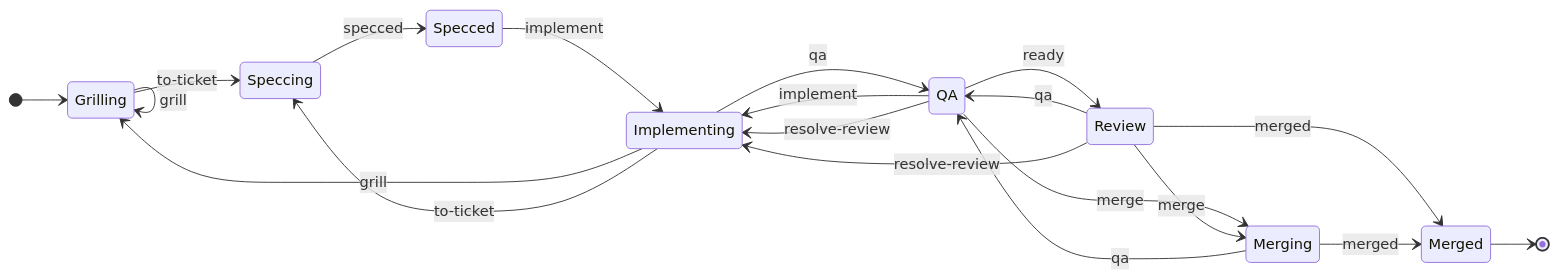
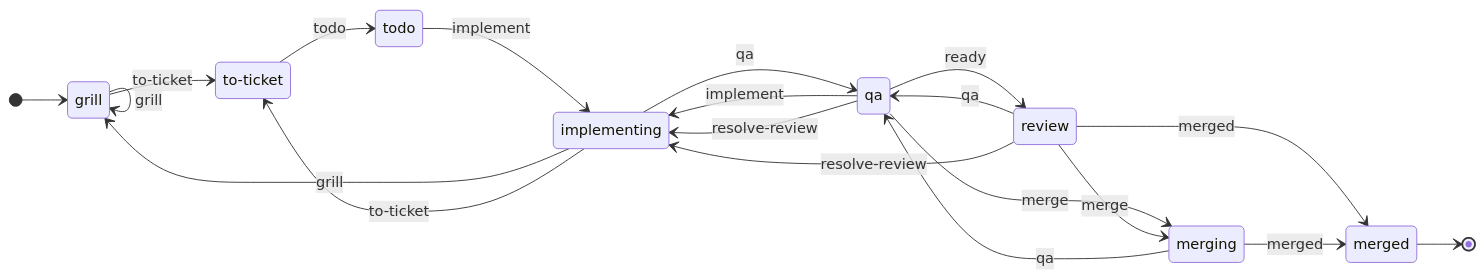
The diagram in apps/mb-workflow/docs/flow.md (MartinBernstorff/mb-workflow), drawn with Mermaid before and after one commit. The commit also changed 36 other files, not shown here.

First line of the commit message:
feat(flow): rename the flow states (MB-107)

````diff
--- a/apps/mb-workflow/docs/flow.md
+++ b/apps/mb-workflow/docs/flow.md
@@ -1,31 +1,25 @@
 ```mermaid
 stateDiagram-v2
     direction LR
-    state "Grilling" as grilling
-    state "Speccing" as speccing
-    state "Specced" as specced
-    state "Implementing" as implementing
-    state "QA" as qa
-    state "Review" as review
-    state "Merging" as merging
-    state "Merged" as merged
+    state "grill" as grilling
+    state "to-ticket" as speccing
     [*] --> grilling
     merged --> [*]
     grilling --> grilling : grill
     grilling --> speccing : to-ticket
-    speccing --> specced : specced
-    specced --> implementing : implement
+    speccing --> todo : todo
+    todo --> implementing : implement
     implementing --> grilling : grill
     implementing --> speccing : to-ticket
     implementing --> qa : qa
     qa --> implementing : implement
     qa --> review : ready
     qa --> merging : merge
     qa --> implementing : resolve-review
     review --> qa : qa
     review --> merging : merge
     review --> merged : merged
     review --> implementing : resolve-review
     merging --> qa : qa
     merging --> merged : merged
 ```
````
